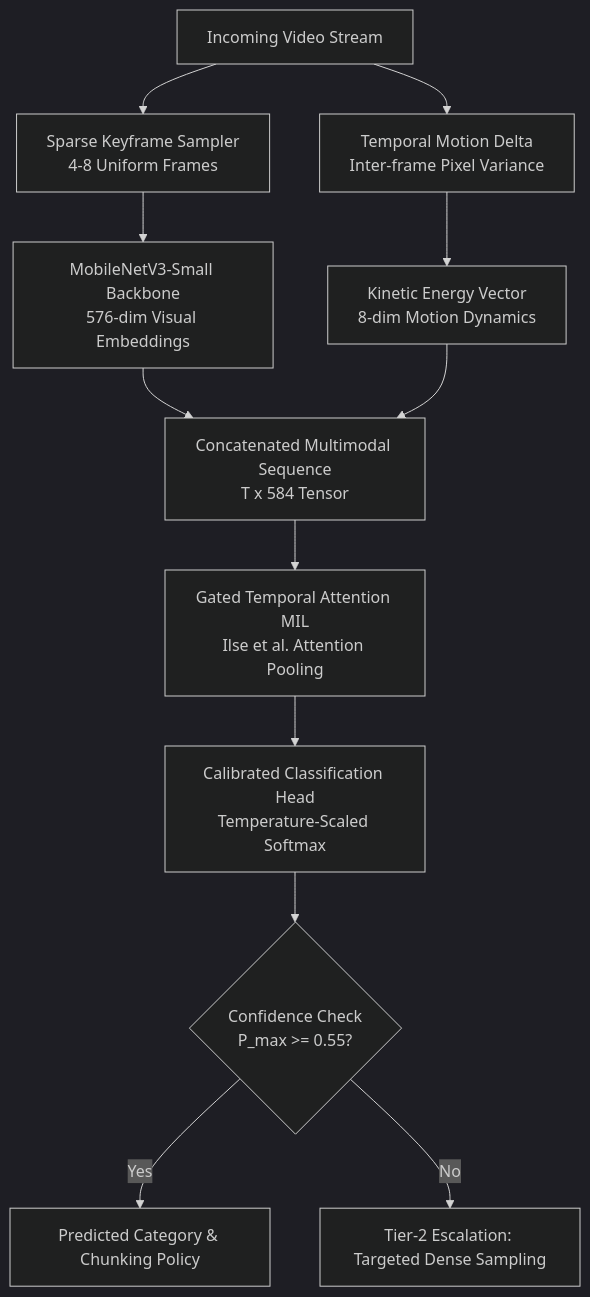
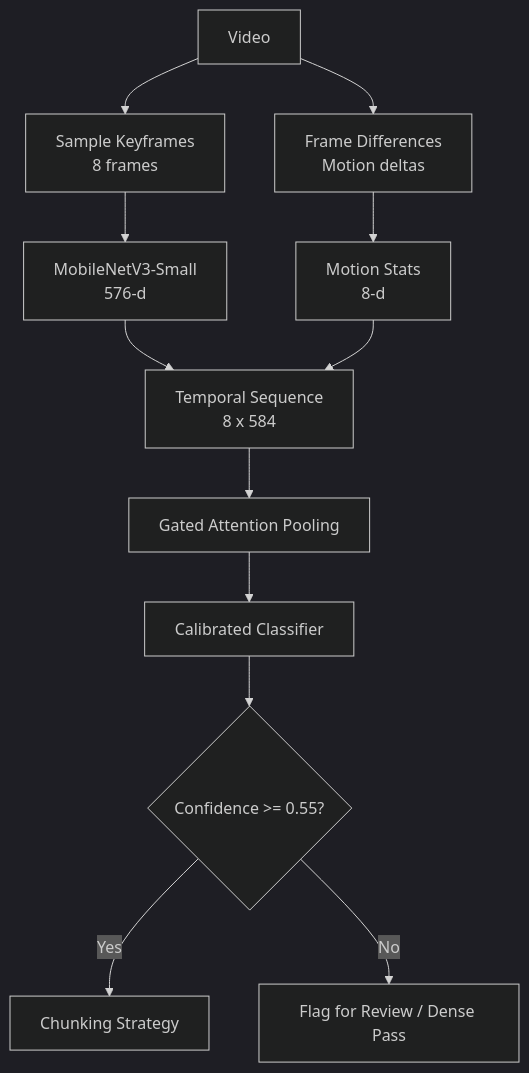
The diagram in docs/README.md (harsh2b/problem-1-1-video-classifier), drawn with Mermaid (dark theme) before and after one commit. The commit also changed other lines of this file and 9 other files, not shown here.

````diff
--- a/docs/README.md
+++ b/docs/README.md
@@ -17,18 +15,18 @@
 ```mermaid
 flowchart TD
-    A[Incoming Video Stream] --> B[Sparse Keyframe Sampler<br/>4-8 Uniform Frames]
-    A --> C[Temporal Motion Delta<br/>Inter-frame Pixel Variance]
+    A[Video] --> B[Sample Keyframes<br/>8 frames]
+    A --> C[Frame Differences<br/>Motion deltas]
     
-    B --> D[MobileNetV3-Small Backbone<br/>576-dim Visual Embeddings]
-    C --> E[Kinetic Energy Vector<br/>8-dim Motion Dynamics]
+    B --> D[MobileNetV3-Small<br/>576-d]
+    C --> E[Motion Stats<br/>8-d]
     
-    D --> F[Concatenated Multimodal Sequence<br/>T x 584 Tensor]
+    D --> F[Temporal Sequence<br/>8 x 584]
     E --> F
     
-    F --> G[Gated Temporal Attention MIL<br/>Ilse et al. Attention Pooling]
-    G --> H[Calibrated Classification Head<br/>Temperature-Scaled Softmax]
+    F --> G[Gated Attention Pooling]
+    G --> H[Calibrated Classifier]
     
-    H --> I{Confidence Check<br/>P_max >= 0.55?}
-    I -- Yes --> J[Predicted Category & Chunking Policy]
-    I -- No --> K[Tier-2 Escalation: Targeted Dense Sampling]
+    H --> I{Confidence >= 0.55?}
+    I -- Yes --> J[Chunking Strategy]
+    I -- No --> K[Flag for Review / Dense Pass]
 ```
````
